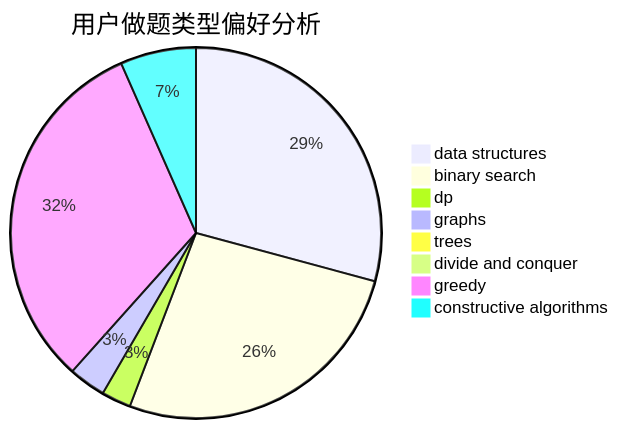
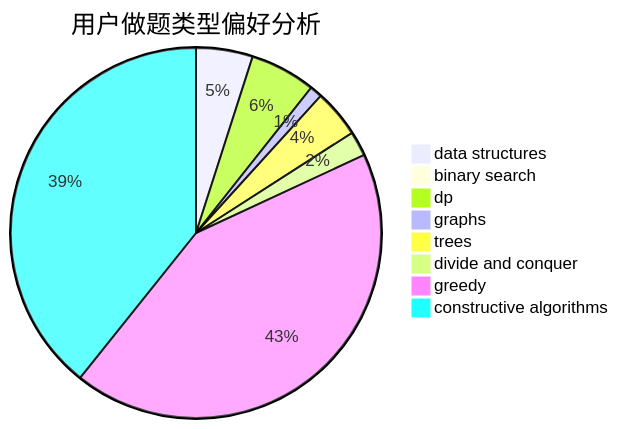
The second of 3 diagrams in docs/user/u1574.md (sherpahu/cfrs.github.io), drawn with Mermaid before and after one commit. The commit also changed other lines of this file and 2770 other files, not shown here.

````diff
--- a/docs/user/u1574.md
+++ b/docs/user/u1574.md
@@ -23,11 +23,11 @@
 ```mermaid
 pie title 用户做题类型偏好分析
-    "data structures" :  181
-    "binary search" :  165
-    "dp" :  16
-    "graphs" :  20
-    "trees" :  0
-    "divide and conquer" :  5
-    "greedy" :  197
-    "constructive algorithms" :  41
+    "data structures" :  32
+    "binary search" :  2
+    "dp" :  37
+    "graphs" :  7
+    "trees" :  27
+    "divide and conquer" :  14
+    "greedy" :  276
+    "constructive algorithms" :  254
 ```
````
